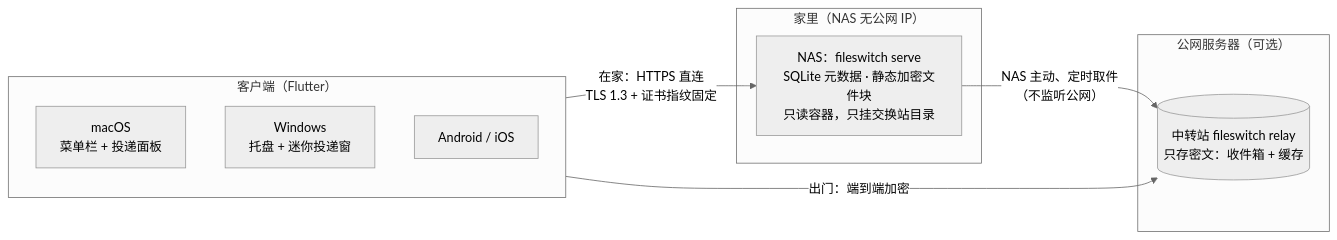
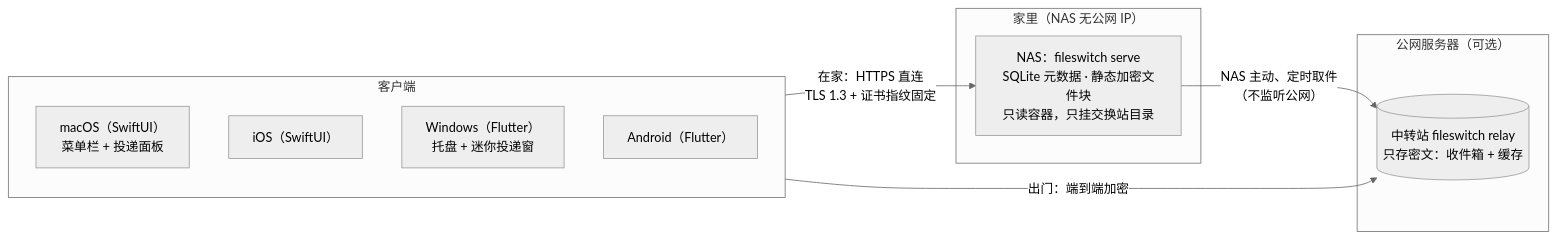
Before and after one commit to TTStick/a-file-relay: the first of 2 diagrams in README.md, drawn with Mermaid (neutral theme). The commit also changed other lines of this file and 53 other files, not shown here.

First line of the commit message:
原生 macOS / iOS 客户端（SwiftUI · Liquid Glass）

````diff
--- a/README.md
+++ b/README.md
@@ -76,20 +86,21 @@
 ```mermaid
 flowchart LR
-  subgraph Clients["客户端（Flutter）"]
-    mac["macOS<br/>菜单栏 + 投递面板"]
-    win["Windows<br/>托盘 + 迷你投递窗"]
-    phone["Android / iOS"]
+  subgraph Clients["客户端"]
+    mac["macOS（SwiftUI）<br/>菜单栏 + 投递面板"]
+    ios["iOS（SwiftUI）"]
+    win["Windows（Flutter）<br/>托盘 + 迷你投递窗"]
+    android["Android（Flutter）"]
   end
 
   subgraph VPS["公网服务器（可选）"]
     relay[("中转站 fileswitch relay<br/>只存密文：收件箱 + 缓存")]
   end
 
   subgraph Home["家里（NAS 无公网 IP）"]
     nas["NAS：fileswitch serve<br/>SQLite 元数据 · 静态加密文件块<br/>只读容器，只挂交换站目录"]
   end
 
   Clients -- "在家：HTTPS 直连<br/>TLS 1.3 + 证书指纹固定" --> nas
   Clients -- "出门：端到端加密" --> relay
   nas -- "NAS 主动、定时取件<br/>（不监听公网）" --> relay
 ```
````
